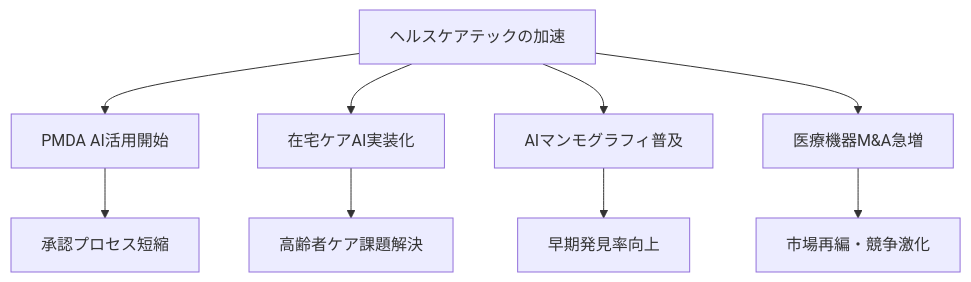
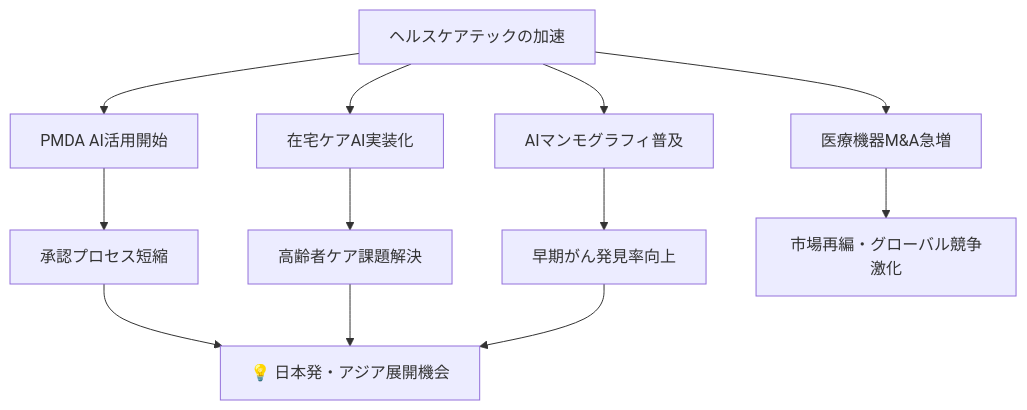
The first of 2 diagrams in workspace/outputs/human_analysis.md (AtsushiSaito1980/trend-report), drawn with Mermaid before and after one commit. The commit also changed other lines of this file, not shown here.

````diff
--- a/workspace/outputs/human_analysis.md
+++ b/workspace/outputs/human_analysis.md
@@ -31,11 +44,14 @@
 ```mermaid
 graph TD
   A[ヘルスケアテックの加速] --> B[PMDA AI活用開始]
   A --> C[在宅ケアAI実装化]
   A --> D[AIマンモグラフィ普及]
   A --> E[医療機器M&A急増]
   B --> F[承認プロセス短縮]
   C --> G[高齢者ケア課題解決]
-  D --> H[早期発見率向上]
-  E --> I[市場再編・競争激化]
+  D --> H[早期がん発見率向上]
+  E --> I[市場再編・グローバル競争激化]
+  F --> J[💡 日本発・アジア展開機会]
+  G --> J
+  H --> J
 ```
````
